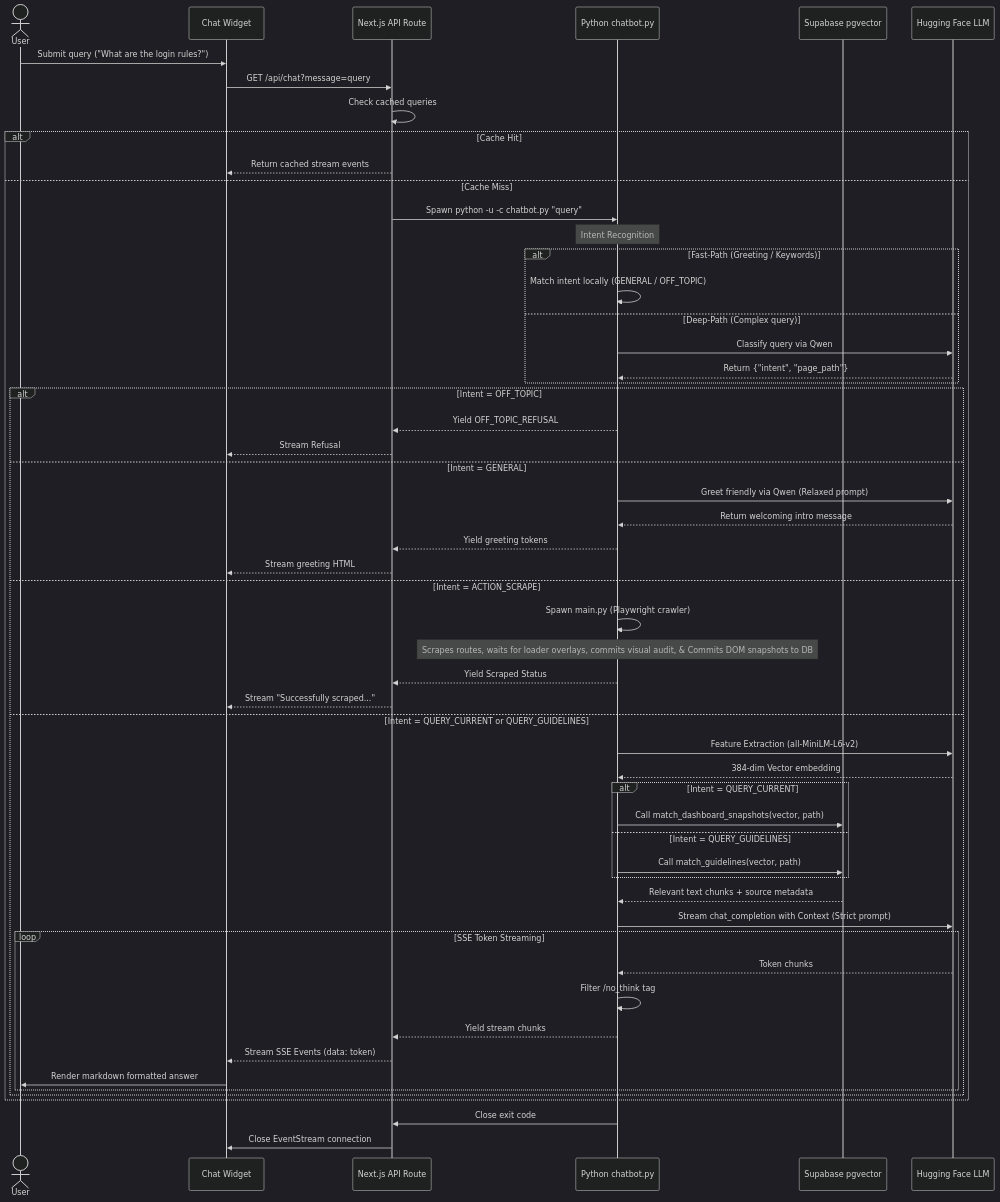
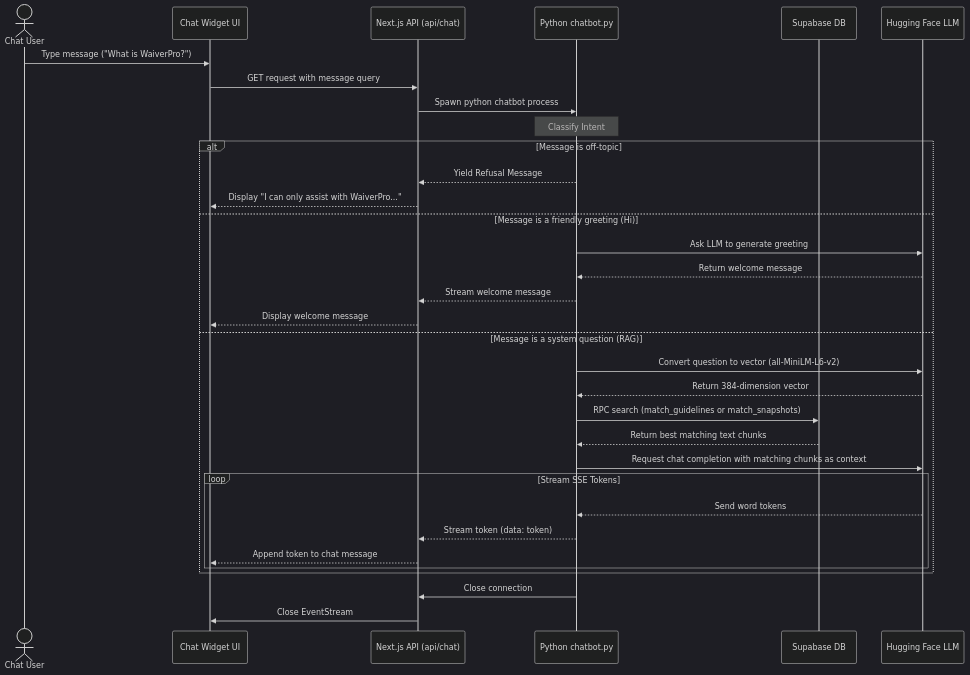
One commit to karnamvenkatachaitanya/Novulis changed the fourth of 4 diagrams in README.md. Above: the diagram before and after it, drawn with Mermaid (dark theme). The commit also changed other lines of this file, not shown here.

Commit message:
docs: simplify architecture diagrams and sequence flows for scan vs chat workflows in README.md

````diff
--- a/README.md
+++ b/README.md
@@ -68,68 +99,36 @@
 ```mermaid
 sequenceDiagram
-    actor User
-    participant UI as Chat Widget
-    participant API as Next.js API Route
+    actor User as Chat User
+    participant UI as Chat Widget UI
+    participant API as Next.js API (api/chat)
     participant Chat as Python chatbot.py
-    participant DB as Supabase pgvector
+    participant DB as Supabase DB
     participant LLM as Hugging Face LLM
 
-    User->>UI: Submit query ("What are the login rules?")
-    UI->>API: GET /api/chat?message=query
-    API->>API: Check cached queries
-    alt Cache Hit
-        API-->>UI: Return cached stream events
-    else Cache Miss
-        API->>Chat: Spawn python -u -c chatbot.py "query"
-        
-        Note over Chat: Intent Recognition
-        alt Fast-Path (Greeting / Keywords)
-            Chat->>Chat: Match intent locally (GENERAL / OFF_TOPIC)
-        else Deep-Path (Complex query)
-            Chat->>LLM: Classify query via Qwen
-            LLM-->>Chat: Return {"intent", "page_path"}
-        end
-
-        %% Off topic Routing
-        alt Intent = OFF_TOPIC
-            Chat-->>API: Yield OFF_TOPIC_REFUSAL
-            API-->>UI: Stream Refusal
-        
-        %% General Greeting Routing
-        else Intent = GENERAL
-            Chat->>LLM: Greet friendly via Qwen (Relaxed prompt)
-            LLM-->>Chat: Return welcoming intro message
-            Chat-->>API: Yield greeting tokens
-            API-->>UI: Stream greeting HTML
-        
-        %% Scrape Trigger Routing
-        else Intent = ACTION_SCRAPE
-            Chat->>Chat: Spawn main.py (Playwright crawler)
-            Note over Chat: Scrapes routes, waits for loader overlays, commits visual audit, & Commits DOM snapshots to DB
-            Chat-->>API: Yield Scraped Status
-            API-->>UI: Stream "Successfully scraped..."
-            
-        %% RAG Data Retrieval Routing
-        else Intent = QUERY_CURRENT or QUERY_GUIDELINES
-            Chat->>LLM: Feature Extraction (all-MiniLM-L6-v2)
-            LLM-->>Chat: 384-dim Vector embedding
-            alt Intent = QUERY_CURRENT
-                Chat->>DB: Call match_dashboard_snapshots(vector, path)
-            else Intent = QUERY_GUIDELINES
-                Chat->>DB: Call match_guidelines(vector, path)
-            end
-            DB-->>Chat: Relevant text chunks + source metadata
-            
-            Chat->>LLM: Stream chat_completion with Context (Strict prompt)
-            loop SSE Token Streaming
-                LLM-->>Chat: Token chunks
-                Chat->>Chat: Filter /no_think tag
-                Chat-->>API: Yield stream chunks
-                API-->>UI: Stream SSE Events (data: token)
-                UI->>User: Render markdown formatted answer
-            end
+    User->>UI: Type message ("What is WaiverPro?")
+    UI->>API: GET request with message query
+    API->>Chat: Spawn python chatbot process
+    Note over Chat: Classify Intent
+    alt Message is off-topic
+        Chat-->>API: Yield Refusal Message
+        API-->>UI: Display "I can only assist with WaiverPro..."
+    else Message is a friendly greeting (Hi)
+        Chat->>LLM: Ask LLM to generate greeting
+        LLM-->>Chat: Return welcome message
+        Chat-->>API: Stream welcome message
+        API-->>UI: Display welcome message
+    else Message is a system question (RAG)
+        Chat->>LLM: Convert question to vector (all-MiniLM-L6-v2)
+        LLM-->>Chat: Return 384-dimension vector
+        Chat->>DB: RPC search (match_guidelines or match_snapshots)
+        DB-->>Chat: Return best matching text chunks
+        Chat->>LLM: Request chat completion with matching chunks as context
+        loop Stream SSE Tokens
+            LLM-->>Chat: Send word tokens
+            Chat-->>API: Stream token (data: token)
+            API-->>UI: Append token to chat message
         end
     end
-    Chat->>API: Close exit code
-    API->>UI: Close EventStream connection
+    Chat->>API: Close connection
+    API->>UI: Close EventStream
 ```
````
